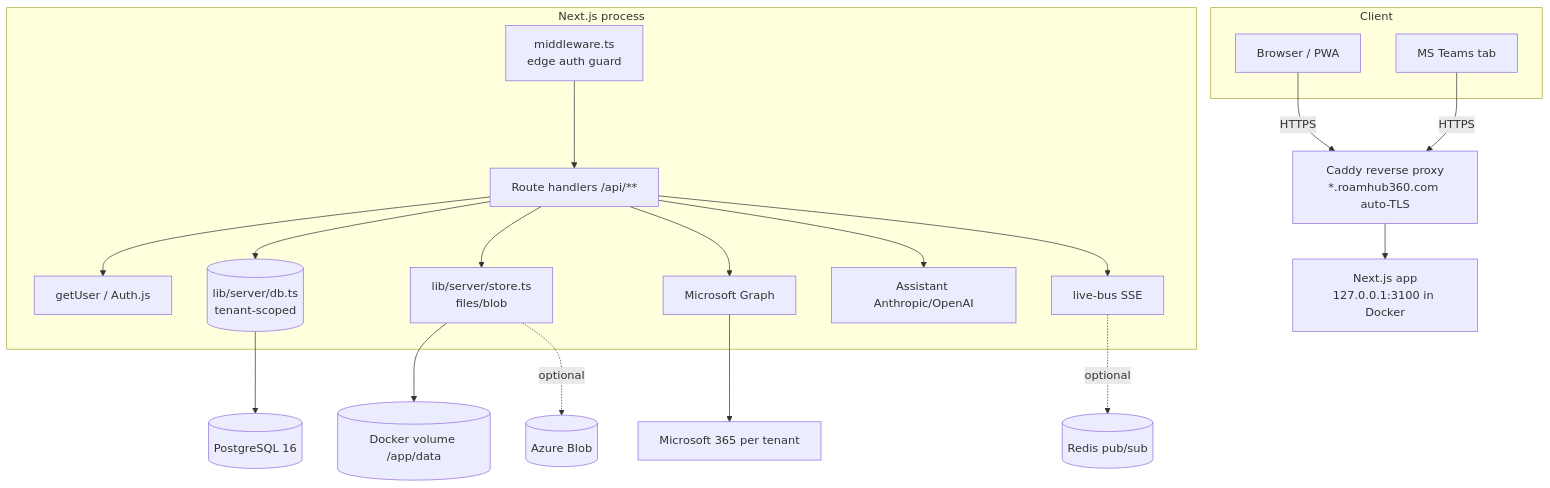
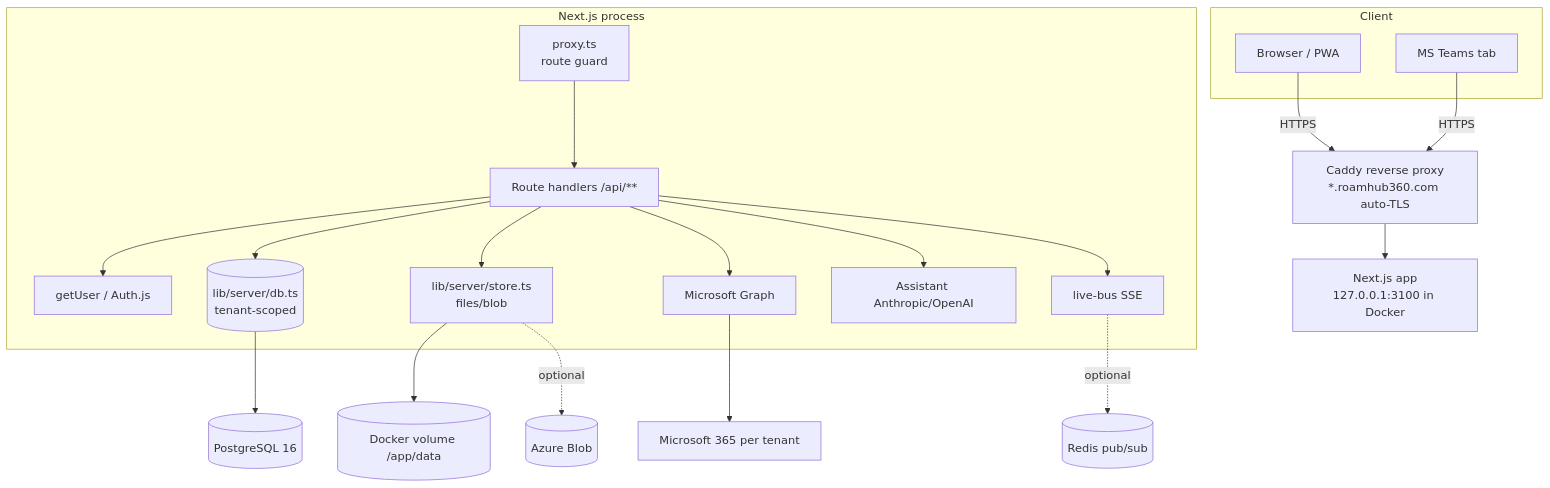
Before and after one commit to techhubaustralia/techhub-roamhub360: the first of 4 diagrams in PROJECT_HANDOVER/02_ARCHITECTURE.md, drawn with Mermaid. The commit also changed other lines of this file and 20 other files, not shown here.

First line of the commit message:
Housekeeping: middleware -> proxy (Next 16), presence opt-out on the map, plan delete releases bookings, store assets

````diff
--- a/PROJECT_HANDOVER/02_ARCHITECTURE.md
+++ b/PROJECT_HANDOVER/02_ARCHITECTURE.md
@@ -10,22 +10,22 @@
 ```mermaid
 flowchart TB
   subgraph Client
     B[Browser / PWA] ; T[MS Teams tab]
   end
   B & T -->|HTTPS| Caddy[Caddy reverse proxy<br/>*.roamhub360.com auto-TLS]
   Caddy --> APP[Next.js app<br/>127.0.0.1:3100 in Docker]
   subgraph APP_internals[Next.js process]
-    MW[middleware.ts<br/>edge auth guard] --> RH[Route handlers /api/**]
+    MW[proxy.ts<br/>route guard] --> RH[Route handlers /api/**]
     RH --> AUTH[getUser / Auth.js]
     RH --> DB[(lib/server/db.ts<br/>tenant-scoped)]
     RH --> STORE[lib/server/store.ts<br/>files/blob]
     RH --> GRAPH[Microsoft Graph]
     RH --> AI[Assistant Anthropic/OpenAI]
     RH --> BUS[live-bus SSE]
   end
   DB --> PG[(PostgreSQL 16)]
   STORE --> VOL[(Docker volume /app/data)]
   STORE -.optional.-> BLOB[(Azure Blob)]
   BUS -.optional.-> REDIS[(Redis pub/sub)]
   GRAPH --> M365[Microsoft 365 per tenant]
 ```
````
